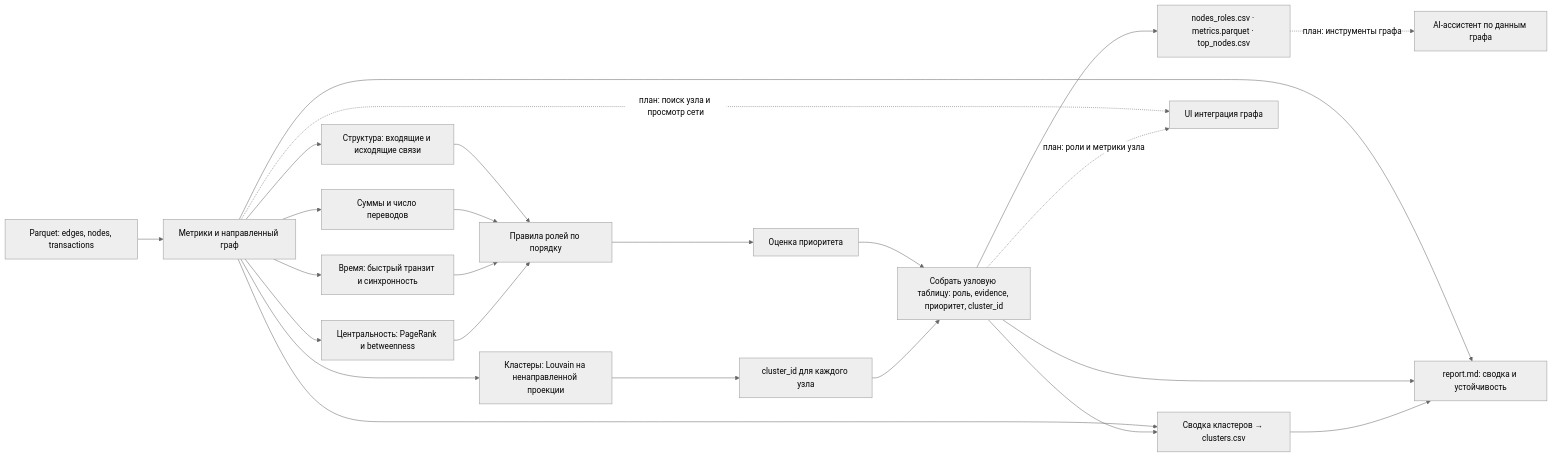
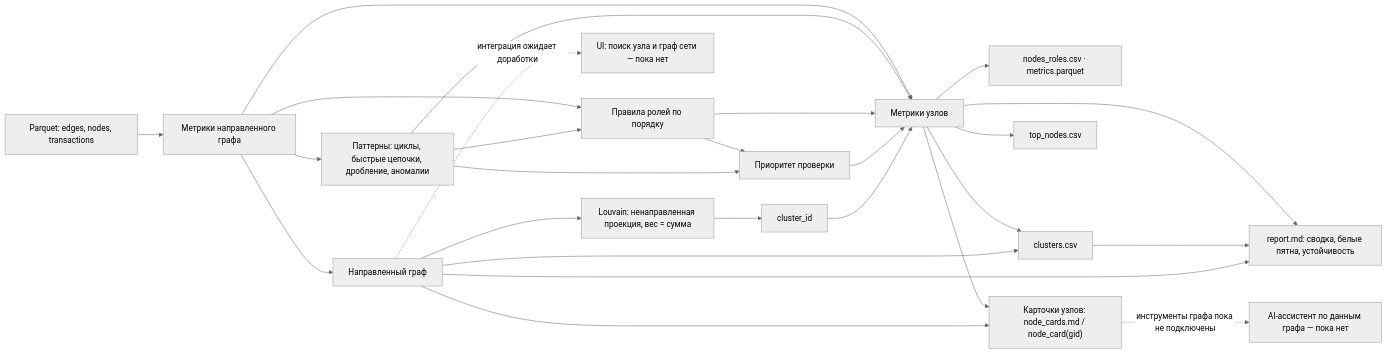
The diagram in docs/architecture.md (BAITC-Hacks/hack-15548459-hackathon-barni), drawn with Mermaid (neutral theme) before and after one commit. The commit also changed other lines of this file, not shown here.

Commit message:
Docs: update pipeline architecture

````diff
--- a/docs/architecture.md
+++ b/docs/architecture.md
@@ -3,26 +3,28 @@
 ```mermaid
 flowchart LR
-    A["Parquet: edges, nodes, transactions"] --> B["Метрики и направленный граф"]
-    B --> B1["Структура: входящие и исходящие связи"]
-    B --> B2["Суммы и число переводов"]
-    B --> B3["Время: быстрый транзит и синхронность"]
-    B --> B4["Центральность: PageRank и betweenness"]
-    B1 --> C["Правила ролей по порядку"]
-    B2 --> C
-    B3 --> C
-    B4 --> C
-    B --> E["Кластеры: Louvain на ненаправленной проекции"]
-    C --> D["Оценка приоритета"]
-    E --> X["cluster_id для каждого узла"]
-    D --> F["Собрать узловую таблицу: роль, evidence, приоритет, cluster_id"]
-    X --> F
-    F --> G["nodes_roles.csv · metrics.parquet · top_nodes.csv"]
-    B --> H["Сводка кластеров → clusters.csv"]
-    F --> H
-    B --> I["report.md: сводка и устойчивость"]
-    F --> I
-    H --> I
-    B -. "план: поиск узла и просмотр сети" .-> J["UI интеграция графа"]
-    F -. "план: роли и метрики узла" .-> J
-    G -. "план: инструменты графа" .-> K["AI-ассистент по данным графа"]
+    I["Parquet: edges, nodes, transactions"] --> M["Метрики направленного графа"]
+    M --> P["Паттерны: циклы, быстрые цепочки, дробление, аномалии"]
+    M --> R["Правила ролей по порядку"]
+    P --> R
+    R --> Q["Приоритет проверки"]
+    P --> Q
+    M --> G["Направленный граф"]
+    G --> L["Louvain: ненаправленная проекция, вес = сумма"]
+    L --> J["cluster_id"]
+    M --> N["Метрики узлов"]
+    P --> N
+    R --> N
+    Q --> N
+    J --> N
+    N --> O["nodes_roles.csv · metrics.parquet"]
+    N --> C["Карточки узлов: node_cards.md / node_card(gid)"]
+    G --> C
+    N --> T["top_nodes.csv"]
+    N --> S["clusters.csv"]
+    N --> W["report.md: сводка, белые пятна, устойчивость"]
+    S --> W
+    G --> S
+    G --> W
+    G -. "интеграция ожидает доработки" .-> U["UI: поиск узла и граф сети — пока нет"]
+    C -. "инструменты графа пока не подключены" .-> A["AI-ассистент по данным графа — пока нет"]
 ```
````
